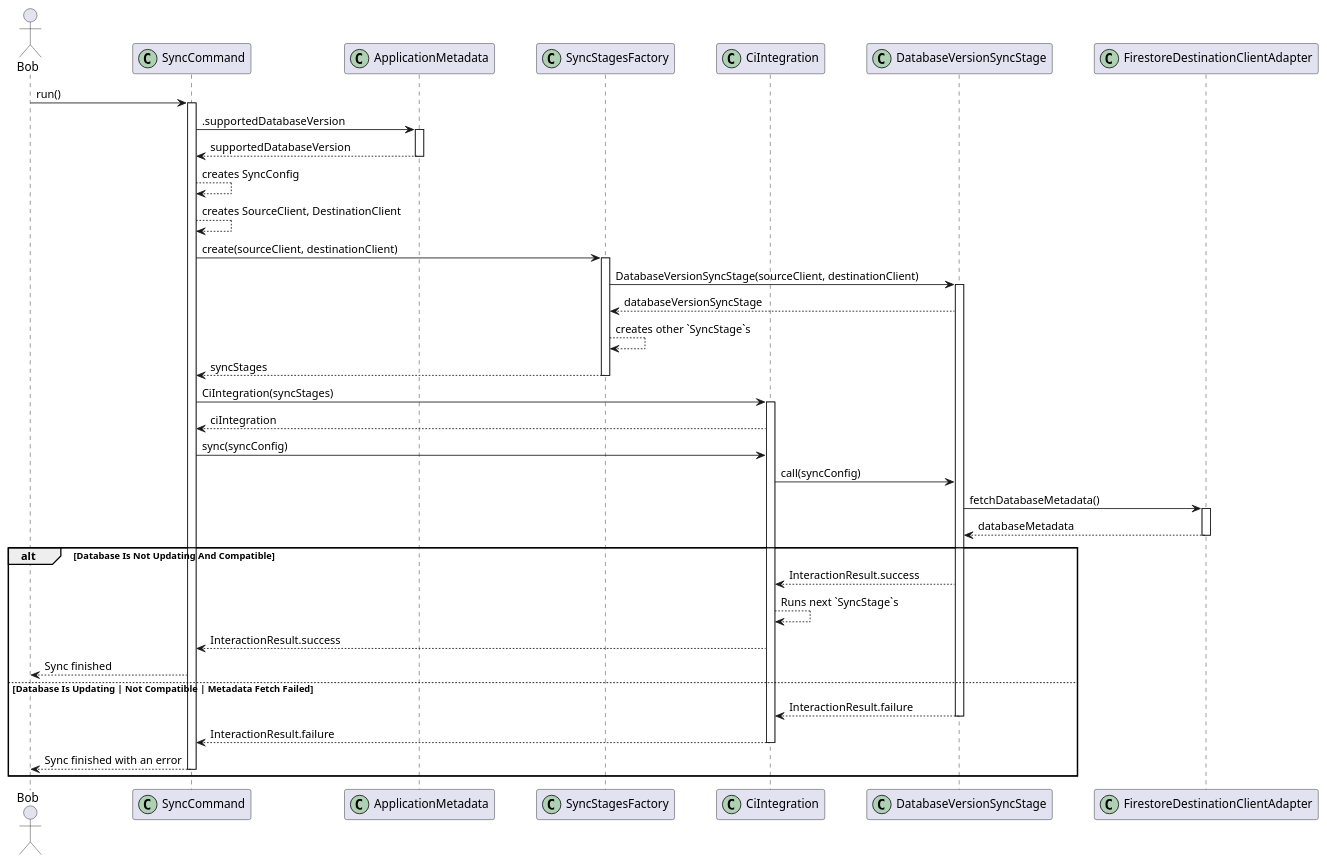
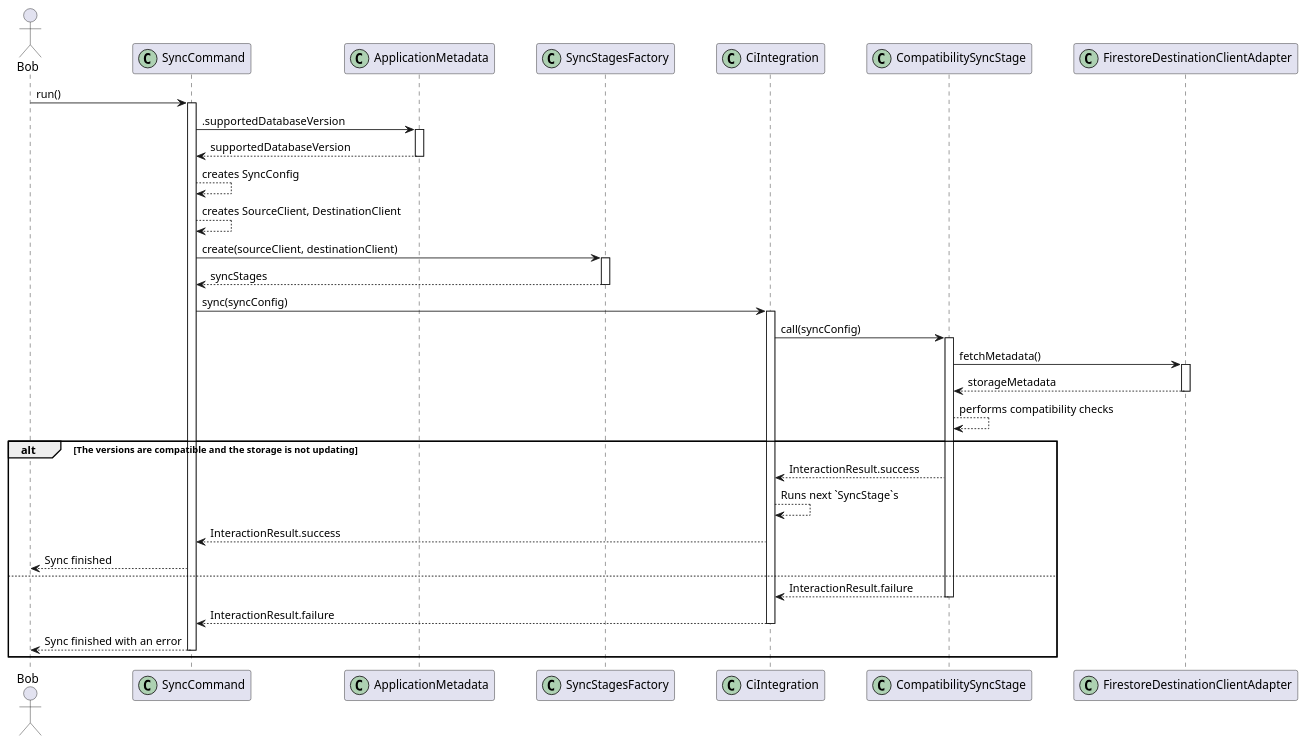
Before and after one commit to Flank/flank-dashboard: the diagram in metrics/ci_integrations/docs/features/supported_database_version/diagrams/ci_integrations_supported_db_version_sequence_diagram.puml, drawn with PlantUML. The commit also changed 2 other files, not shown here.

```diff
--- a/metrics/ci_integrations/docs/features/supported_database_version/diagrams/ci_integrations_supported_db_version_sequence_diagram.puml
+++ b/metrics/ci_integrations/docs/features/supported_database_version/diagrams/ci_integrations_supported_db_version_sequence_diagram.puml
@@ -1,69 +1,62 @@
 @startuml
 
 skinparam ParticipantPadding 20
 skinparam BoxPadding 10
 
 
 actor Bob
 participant SyncCommand << (C,#ADD1B2) >>
 participant ApplicationMetadata << (C,#ADD1B2) >>
 participant SyncStagesFactory << (C,#ADD1B2) >>
 participant CiIntegration << (C,#ADD1B2) >>
-participant DatabaseVersionSyncStage << (C,#ADD1B2) >>
+participant CompatibilitySyncStage << (C,#ADD1B2) >>
 participant FirestoreDestinationClientAdapter << (C,#ADD1B2) >>
 
 Bob -> SyncCommand : run()
 activate SyncCommand
 
 SyncCommand -> ApplicationMetadata : .supportedDatabaseVersion
 activate ApplicationMetadata
 
 ApplicationMetadata --> SyncCommand : supportedDatabaseVersion
 deactivate ApplicationMetadata
 
 SyncCommand --> SyncCommand : creates SyncConfig
 SyncCommand --> SyncCommand : creates SourceClient, DestinationClient
 
 SyncCommand -> SyncStagesFactory : create(sourceClient, destinationClient)
 activate SyncStagesFactory
 
-SyncStagesFactory -> DatabaseVersionSyncStage : DatabaseVersionSyncStage(sourceClient, destinationClient)
-activate DatabaseVersionSyncStage
-
-DatabaseVersionSyncStage --> SyncStagesFactory : databaseVersionSyncStage
-SyncStagesFactory --> SyncStagesFactory : creates other `SyncStage`s
-
 SyncStagesFactory --> SyncCommand : syncStages
 deactivate SyncStagesFactory
 
-SyncCommand -> CiIntegration : CiIntegration(syncStages)
+SyncCommand -> CiIntegration : sync(syncConfig)
 activate CiIntegration
 
-CiIntegration --> SyncCommand : ciIntegration
+CiIntegration -> CompatibilitySyncStage : call(syncConfig)
+activate CompatibilitySyncStage
 
-SyncCommand -> CiIntegration : sync(syncConfig)
-
-CiIntegration -> DatabaseVersionSyncStage : call(syncConfig)
-
-DatabaseVersionSyncStage -> FirestoreDestinationClientAdapter : fetchDatabaseMetadata()
+CompatibilitySyncStage -> FirestoreDestinationClientAdapter : fetchMetadata()
 activate FirestoreDestinationClientAdapter
 
-FirestoreDestinationClientAdapter --> DatabaseVersionSyncStage : databaseMetadata
+FirestoreDestinationClientAdapter --> CompatibilitySyncStage : storageMetadata
 deactivate FirestoreDestinationClientAdapter
 
-alt Database Is Not Updating And Compatible
-    DatabaseVersionSyncStage --> CiIntegration : InteractionResult.success
+CompatibilitySyncStage --> CompatibilitySyncStage : performs compatibility checks
+
+alt The versions are compatible and the storage is not updating
+    CompatibilitySyncStage --> CiIntegration : InteractionResult.success
     CiIntegration --> CiIntegration : Runs next `SyncStage`s
     CiIntegration --> SyncCommand : InteractionResult.success
     SyncCommand --> Bob : Sync finished
-else Database Is Updating | Not Compatible | Metadata Fetch Failed
-    DatabaseVersionSyncStage --> CiIntegration : InteractionResult.failure
-    deactivate DatabaseVersionSyncStage
+else
+    CompatibilitySyncStage --> CiIntegration : InteractionResult.failure
+    deactivate CompatibilitySyncStage
 
     CiIntegration --> SyncCommand : InteractionResult.failure
     deactivate CiIntegration
 
     SyncCommand --> Bob : Sync finished with an error
     deactivate SyncCommand
 end
 @enduml
```
